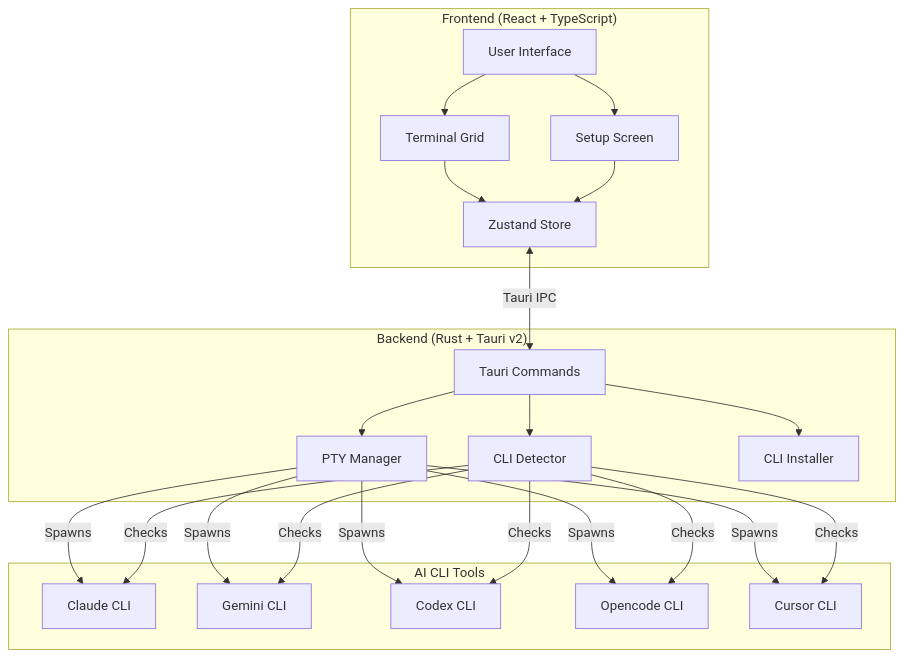
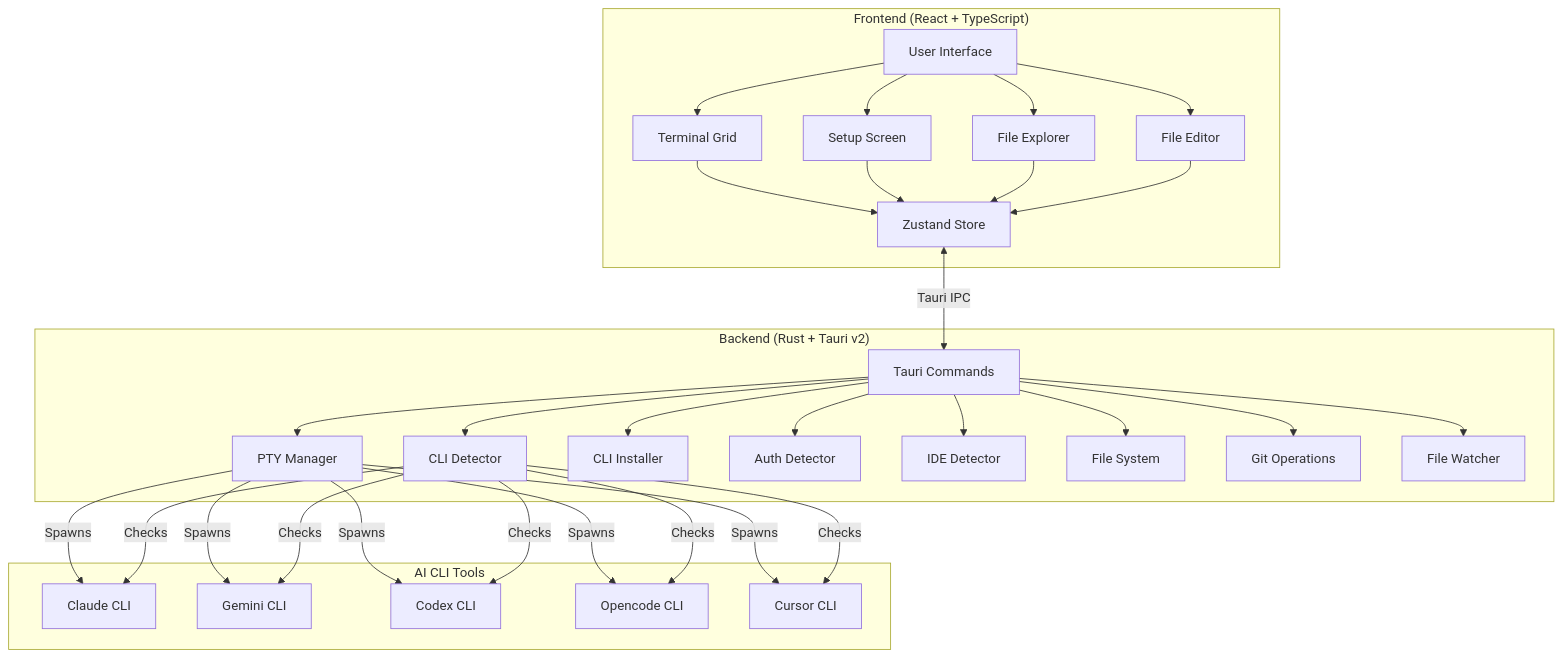
The first of 2 diagrams in README.md (wolfenazz/AgentsLand), drawn with Mermaid before and after one commit. The commit also changed other lines of this file and 6 other files, not shown here.

First line of the commit message:
Add file explorer, IDE support in READMEs

````diff
--- a/README.md
+++ b/README.md
@@ -155,46 +180,62 @@
 ```mermaid
 graph TB
     subgraph Frontend["Frontend (React + TypeScript)"]
         UI[User Interface]
         Grid[Terminal Grid]
         Setup[Setup Screen]
         Store[Zustand Store]
+        Explorer[File Explorer]
+        Editor[File Editor]
     end
 
     subgraph Backend["Backend (Rust + Tauri v2)"]
         Commands[Tauri Commands]
         PTY[PTY Manager]
         Detector[CLI Detector]
         Installer[CLI Installer]
+        Auth[Auth Detector]
+        Ide[IDE Detector]
+        Fs[File System]
+        Git[Git Operations]
+        Watcher[File Watcher]
     end
 
     subgraph CLIs["AI CLI Tools"]
         Claude[Claude CLI]
         Gemini[Gemini CLI]
         Codex[Codex CLI]
         Opencode[Opencode CLI]
         Cursor[Cursor CLI]
     end
 
     UI --> Grid
     UI --> Setup
+    UI --> Explorer
+    UI --> Editor
     Grid --> Store
     Setup --> Store
+    Explorer --> Store
+    Editor --> Store
     
     Store <-->|Tauri IPC| Commands
     Commands --> PTY
     Commands --> Detector
     Commands --> Installer
+    Commands --> Auth
+    Commands --> Ide
+    Commands --> Fs
+    Commands --> Git
+    Commands --> Watcher
     
     PTY -->|Spawns| Claude
     PTY -->|Spawns| Gemini
     PTY -->|Spawns| Codex
     PTY -->|Spawns| Opencode
     PTY -->|Spawns| Cursor
     
     Detector -->|Checks| Claude
     Detector -->|Checks| Gemini
     Detector -->|Checks| Codex
     Detector -->|Checks| Opencode
     Detector -->|Checks| Cursor
 ```
````
